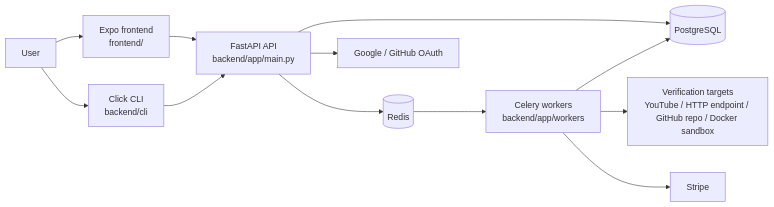
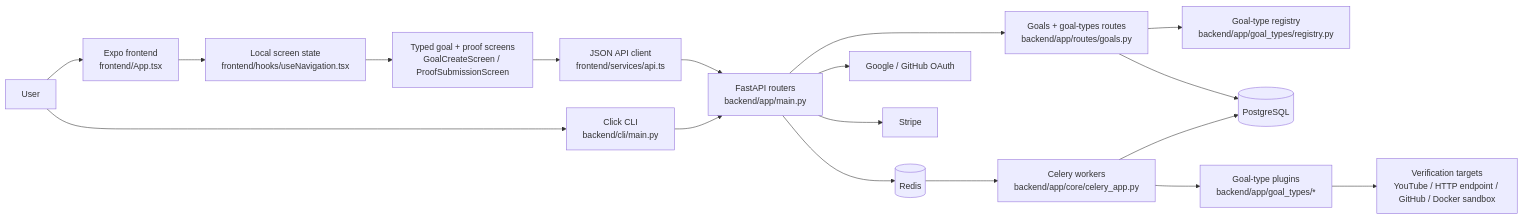
One commit to xvanov/sacrifice changed the first of 3 diagrams in context/architecture-diagrams.md. Above: the diagram before and after it, drawn with Mermaid. The commit also changed other lines of this file and 8 other files, not shown here.

````diff
--- a/context/architecture-diagrams.md
+++ b/context/architecture-diagrams.md
@@ -5,25 +5,37 @@
 ```mermaid
 flowchart LR
     user[User]
-    frontend[Expo frontend\nfrontend/]
-    cli[Click CLI\nbackend/cli]
-    api[FastAPI API\nbackend/app/main.py]
+    frontend[Expo frontend\nfrontend/App.tsx]
+    nav[Local screen state\nfrontend/hooks/useNavigation.tsx]
+    form[Typed goal + proof screens\nGoalCreateScreen / ProofSubmissionScreen]
+    apiClient[JSON API client\nfrontend/services/api.ts]
+    cli[Click CLI\nbackend/cli/main.py]
+    api[FastAPI routers\nbackend/app/main.py]
+    goals[Goals + goal-types routes\nbackend/app/routes/goals.py]
+    registry[Goal-type registry\nbackend/app/goal_types/registry.py]
     db[(PostgreSQL)]
     redis[(Redis)]
-    workers[Celery workers\nbackend/app/workers]
+    workers[Celery workers\nbackend/app/core/celery_app.py]
+    plugins[Goal-type plugins\nbackend/app/goal_types/*]
+    external[Verification targets\nYouTube / HTTP endpoint / GitHub / Docker sandbox]
     oauth[Google / GitHub OAuth]
-    verify[Verification targets\nYouTube / HTTP endpoint / GitHub repo / Docker sandbox]
     stripe[Stripe]
 
     user --> frontend
+    frontend --> nav
+    nav --> form
+    form --> apiClient
     user --> cli
-    frontend --> api
+    apiClient --> api
     cli --> api
-    api --> db
+    api --> goals
+    goals --> registry
+    goals --> db
+    api --> oauth
+    api --> stripe
     api --> redis
     redis --> workers
+    workers --> plugins
     workers --> db
-    api --> oauth
-    workers --> verify
-    workers --> stripe
+    plugins --> external
 ```
````
